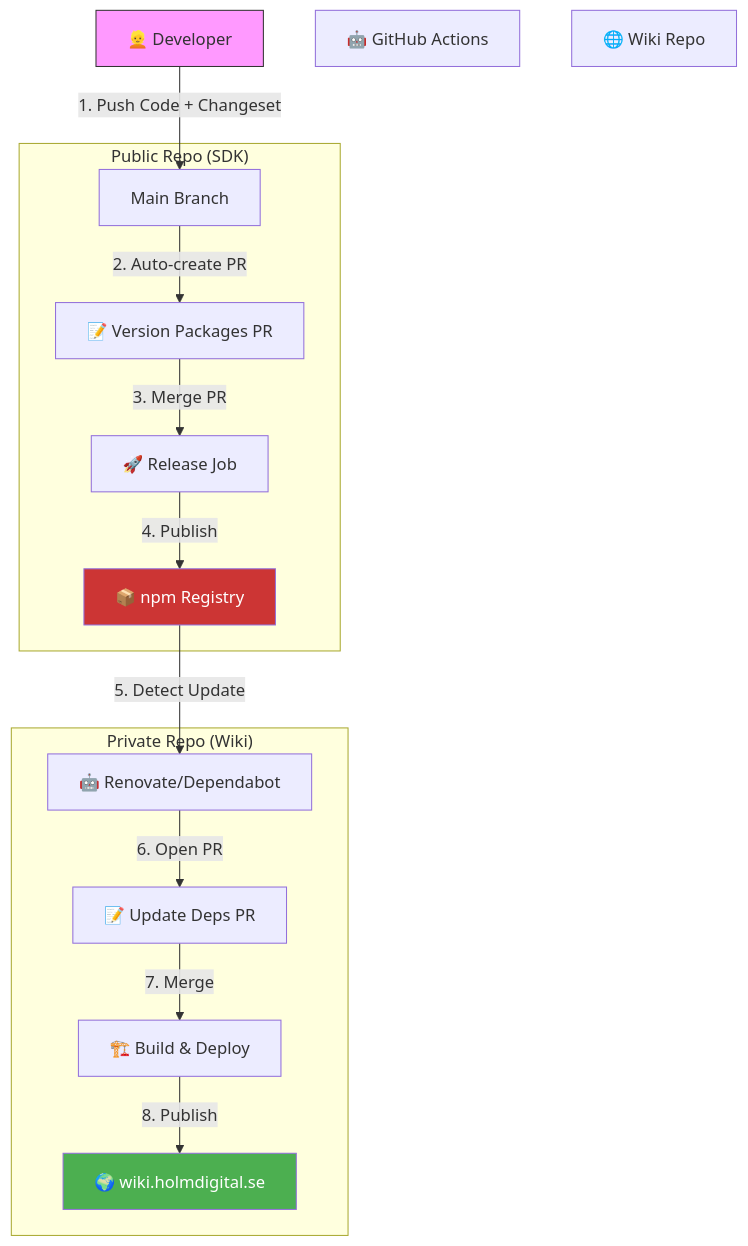
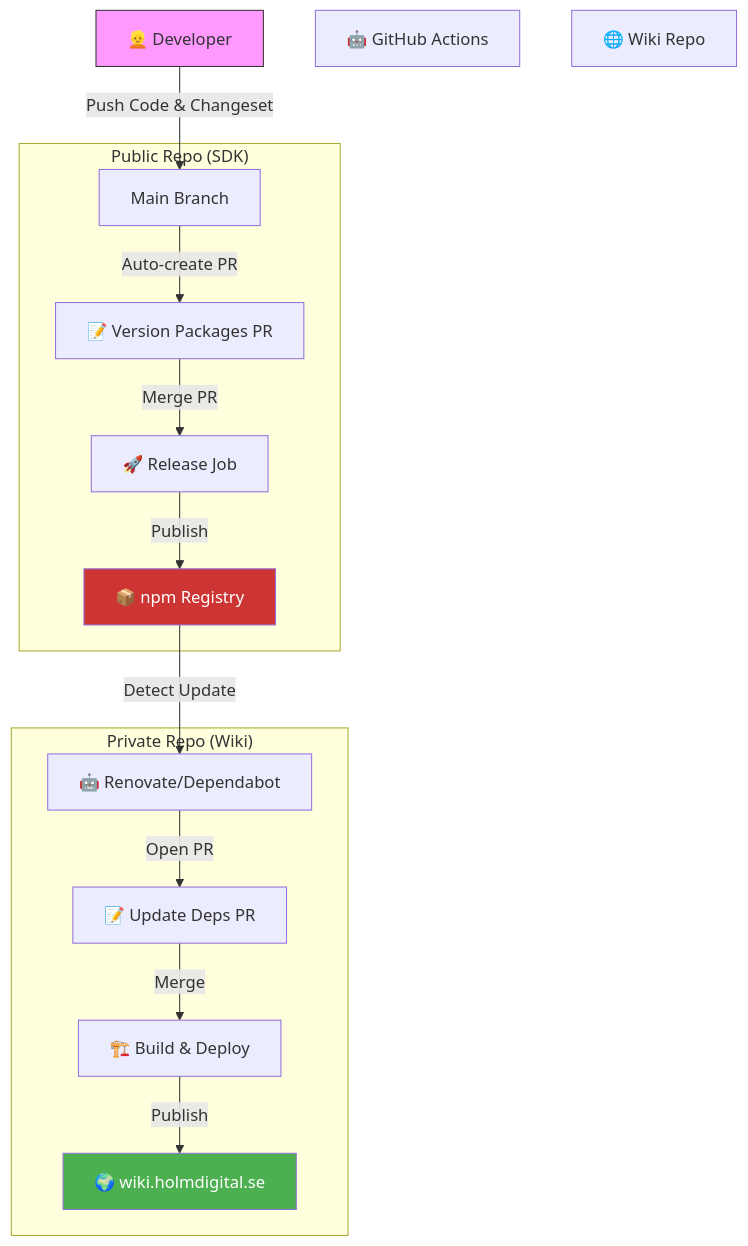
The diagram in docs/internal-ci-cd-strategy.md (holmdigital/a11y-hd), drawn with Mermaid before and after one commit.

Commit message:
docs: Fix Mermaid diagram syntax by removing numbered edge labels

````diff
--- a/docs/internal-ci-cd-strategy.md
+++ b/docs/internal-ci-cd-strategy.md
@@ -112,29 +112,29 @@
 ```mermaid
 graph TD
     %% Roles
     Dev[👱 Developer]
     CI[🤖 GitHub Actions]
     NPM[📦 npm Registry]
     Wiki[🌐 Wiki Repo]
 
     %% Flow
-    Dev -- "1. Push Code + Changeset" --> Main[Main Branch]
+    Dev -- "Push Code & Changeset" --> Main[Main Branch]
     
     subgraph "Public Repo (SDK)"
-        Main -- "2. Auto-create PR" --> VersionPR[📝 Version Packages PR]
-        VersionPR -- "3. Merge PR" --> ReleaseJob[🚀 Release Job]
-        ReleaseJob -- "4. Publish" --> NPM
+        Main -- "Auto-create PR" --> VersionPR[📝 Version Packages PR]
+        VersionPR -- "Merge PR" --> ReleaseJob[🚀 Release Job]
+        ReleaseJob -- "Publish" --> NPM
     end
 
     subgraph "Private Repo (Wiki)"
-        NPM -- "5. Detect Update" --> Renovate[🤖 Renovate/Dependabot]
-        Renovate -- "6. Open PR" --> WikiPR[📝 Update Deps PR]
-        WikiPR -- "7. Merge" --> BuildWiki[🏗️ Build & Deploy]
-        BuildWiki -- "8. Publish" --> Website[🌍 wiki.holmdigital.se]
+        NPM -- "Detect Update" --> Renovate[🤖 Renovate/Dependabot]
+        Renovate -- "Open PR" --> WikiPR[📝 Update Deps PR]
+        WikiPR -- "Merge" --> BuildWiki[🏗️ Build & Deploy]
+        BuildWiki -- "Publish" --> Website[🌍 wiki.holmdigital.se]
     end
 
     %% Styles
     style Dev fill:#f9f,stroke:#333
     style NPM fill:#cc3534,color:white
     style Website fill:#4caf50,color:white
 ```
````
